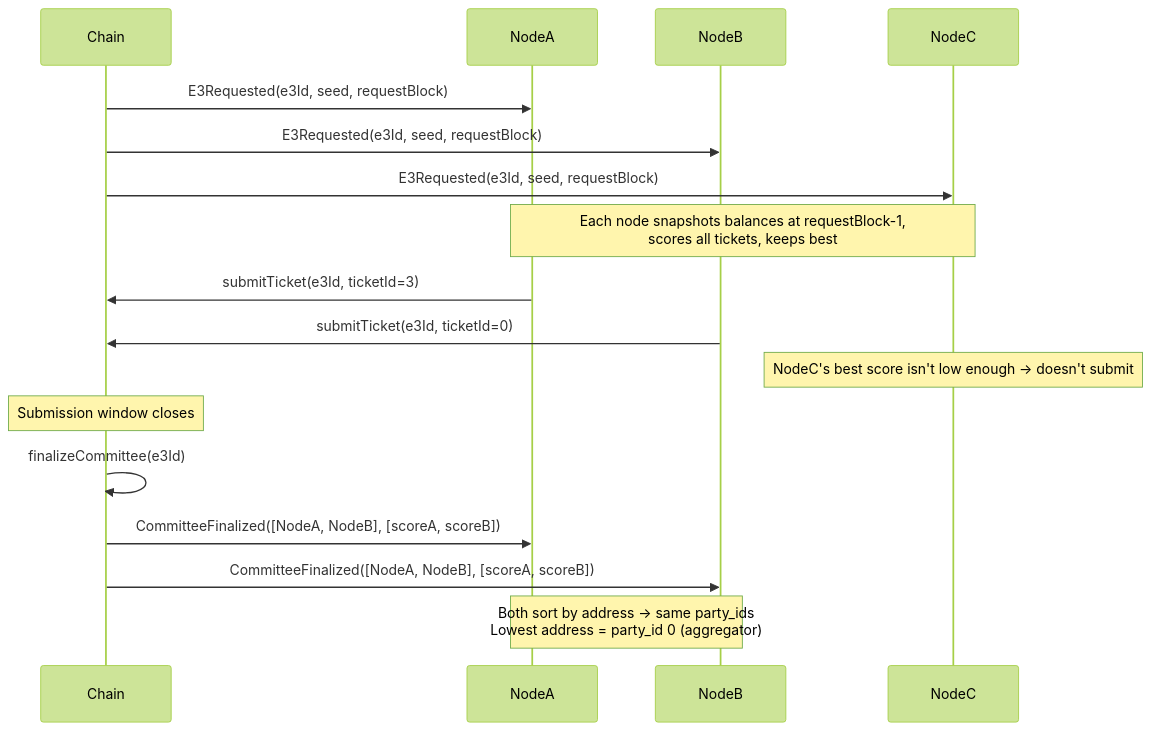
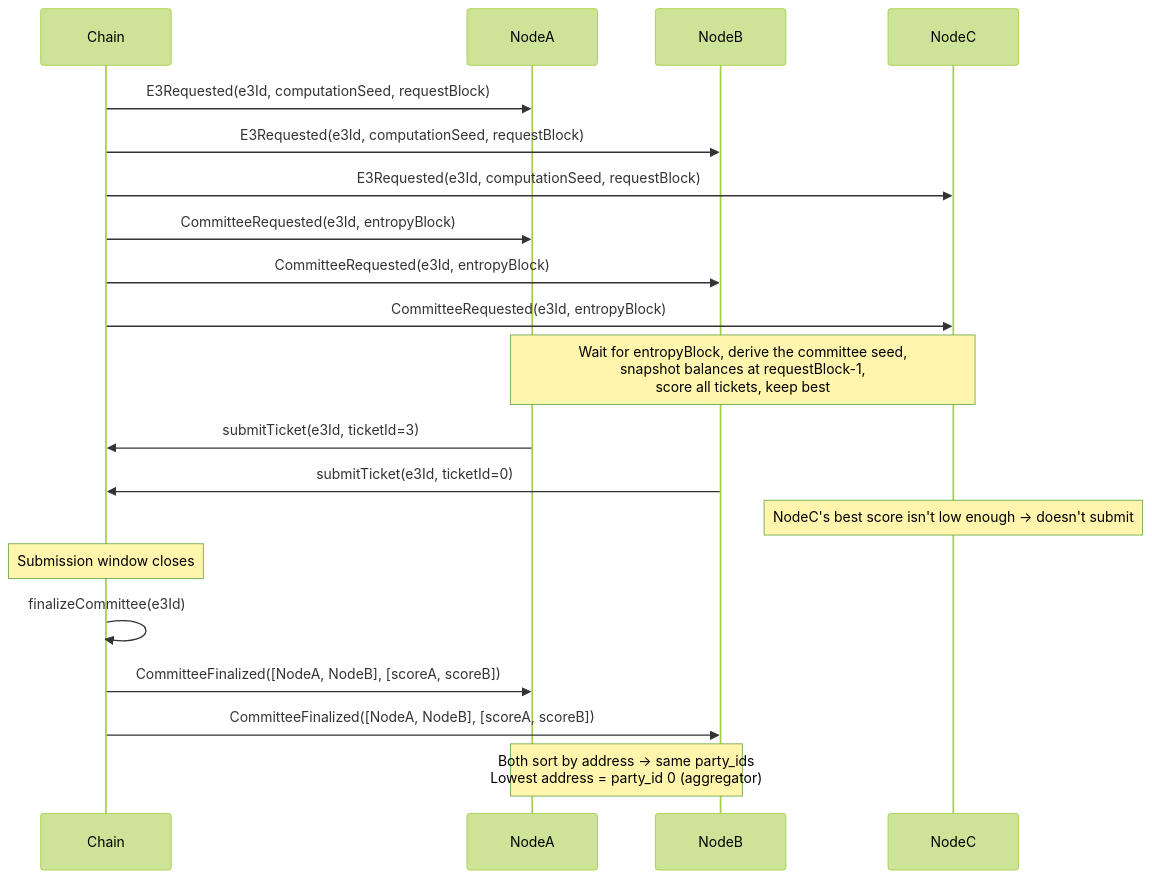
One commit to auryn-macmillan/enclave changed the diagram in docs/pages/internals/sortition.mdx. Above: the diagram before and after it, drawn with Mermaid (forest theme). The commit also changed other lines of this file and 33 other files, not shown here.

Commit message:
fix(sortition): derive committee seed after request [skip-line-limit] (#1792)

````diff
--- a/docs/pages/internals/sortition.mdx
+++ b/docs/pages/internals/sortition.mdx
@@ -202,24 +207,27 @@
 ```mermaid
 sequenceDiagram
     participant Chain
     participant NodeA
     participant NodeB
     participant NodeC
 
-    Chain->>NodeA: E3Requested(e3Id, seed, requestBlock)
-    Chain->>NodeB: E3Requested(e3Id, seed, requestBlock)
-    Chain->>NodeC: E3Requested(e3Id, seed, requestBlock)
+    Chain->>NodeA: E3Requested(e3Id, computationSeed, requestBlock)
+    Chain->>NodeB: E3Requested(e3Id, computationSeed, requestBlock)
+    Chain->>NodeC: E3Requested(e3Id, computationSeed, requestBlock)
+    Chain->>NodeA: CommitteeRequested(e3Id, entropyBlock)
+    Chain->>NodeB: CommitteeRequested(e3Id, entropyBlock)
+    Chain->>NodeC: CommitteeRequested(e3Id, entropyBlock)
 
-    Note over NodeA,NodeC: Each node snapshots balances at requestBlock-1,<br/>scores all tickets, keeps best
+    Note over NodeA,NodeC: Wait for entropyBlock, derive the committee seed,<br/>snapshot balances at requestBlock-1,<br/>score all tickets, keep best
 
     NodeA->>Chain: submitTicket(e3Id, ticketId=3)
     NodeB->>Chain: submitTicket(e3Id, ticketId=0)
     Note over NodeC: NodeC's best score isn't low enough → doesn't submit
 
     Note over Chain: Submission window closes
     Chain->>Chain: finalizeCommittee(e3Id)
     Chain->>NodeA: CommitteeFinalized([NodeA, NodeB], [scoreA, scoreB])
     Chain->>NodeB: CommitteeFinalized([NodeA, NodeB], [scoreA, scoreB])
 
     Note over NodeA,NodeB: Both sort by address → same party_ids<br/>Lowest address = party_id 0 (aggregator)
 ```
````
